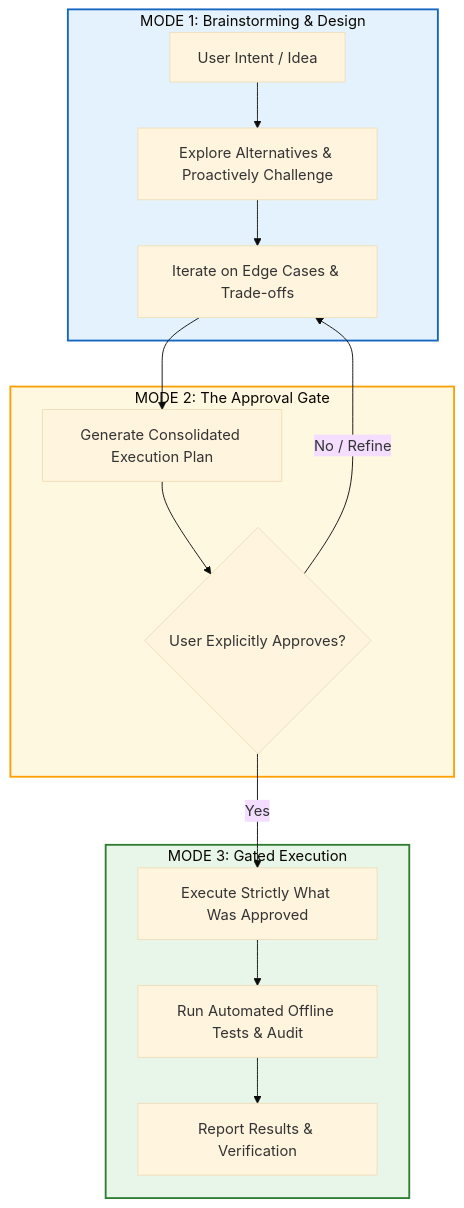
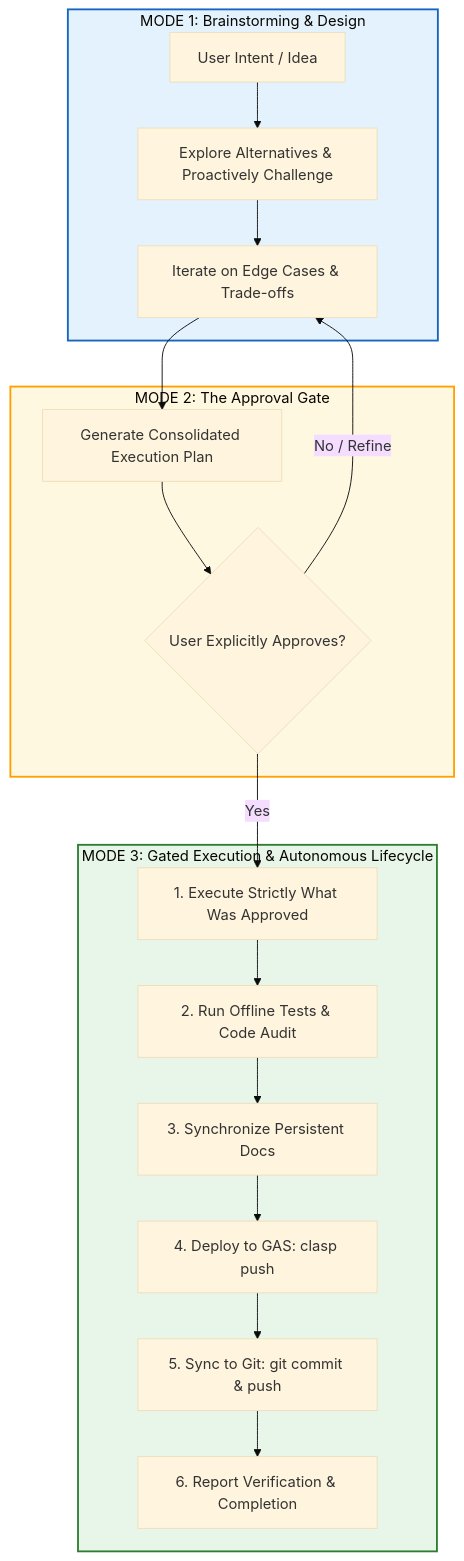
Before and after one commit to rohitashs/ParaFlightLog_dist: the diagram in Docs/Context.md, drawn with Mermaid (base theme). The commit also changed other lines of this file, not shown here.

Commit message:
Docs: Formalize autonomous Mode 3 lifecycle invariants (clasp push, git push, test verification) in Context.md

````diff
--- a/Docs/Context.md
+++ b/Docs/Context.md
@@ -75,23 +75,26 @@
 ```mermaid
 flowchart TD
     subgraph Brainstorming ["MODE 1: Brainstorming & Design"]
         A[User Intent / Idea] --> B[Explore Alternatives & Proactively Challenge]
         B --> C[Iterate on Edge Cases & Trade-offs]
     end
 
     subgraph Gate ["MODE 2: The Approval Gate"]
         C --> D[Generate Consolidated Execution Plan]
         D --> E{User Explicitly Approves?}
         E -- No / Refine --> C
     end
 
-    subgraph Execution ["MODE 3: Gated Execution"]
-        E -- Yes --> F[Execute Strictly What Was Approved]
-        F --> G[Run Automated Offline Tests & Audit]
-        G --> H[Report Results & Verification]
+    subgraph Execution ["MODE 3: Gated Execution & Autonomous Lifecycle"]
+        E -- Yes --> F[1. Execute Strictly What Was Approved]
+        F --> G[2. Run Offline Tests & Code Audit]
+        G --> H[3. Synchronize Persistent Docs]
+        H --> I[4. Deploy to GAS: clasp push]
+        I --> J[5. Sync to Git: git commit & push]
+        J --> K[6. Report Verification & Completion]
     end
 
     style Brainstorming fill:#E3F2FD,stroke:#1565C0,stroke-width:2px
     style Gate fill:#FFF8E1,stroke:#FFA000,stroke-width:2px
     style Execution fill:#E8F5E9,stroke:#2E7D32,stroke-width:2px
 ```
````
